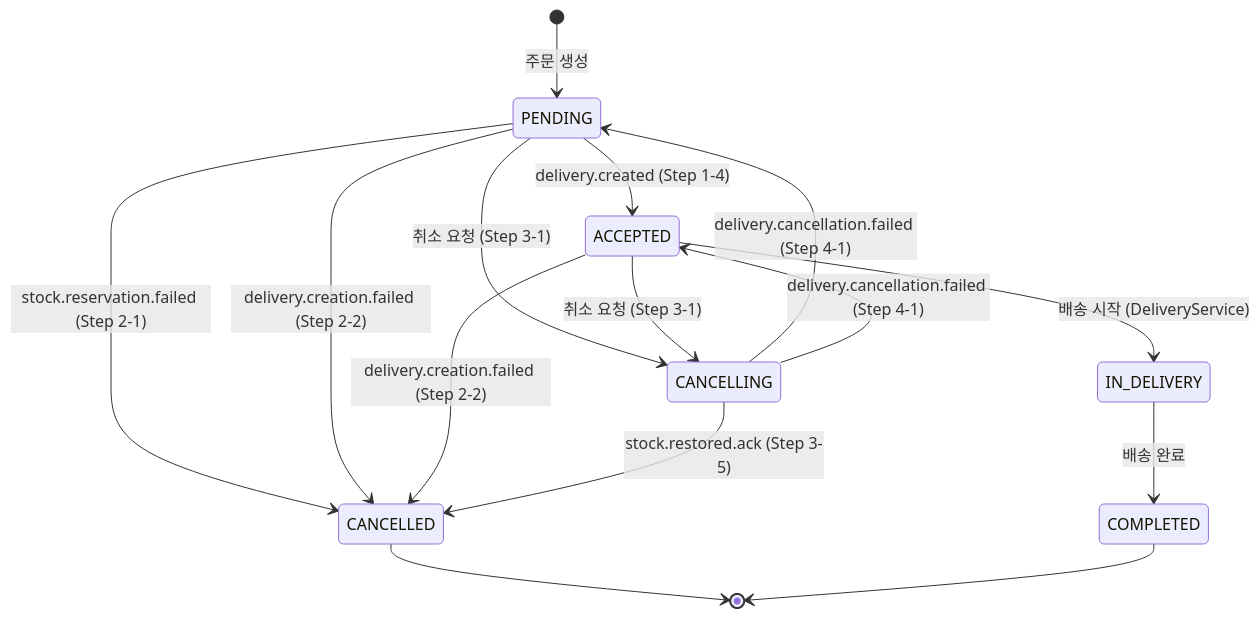
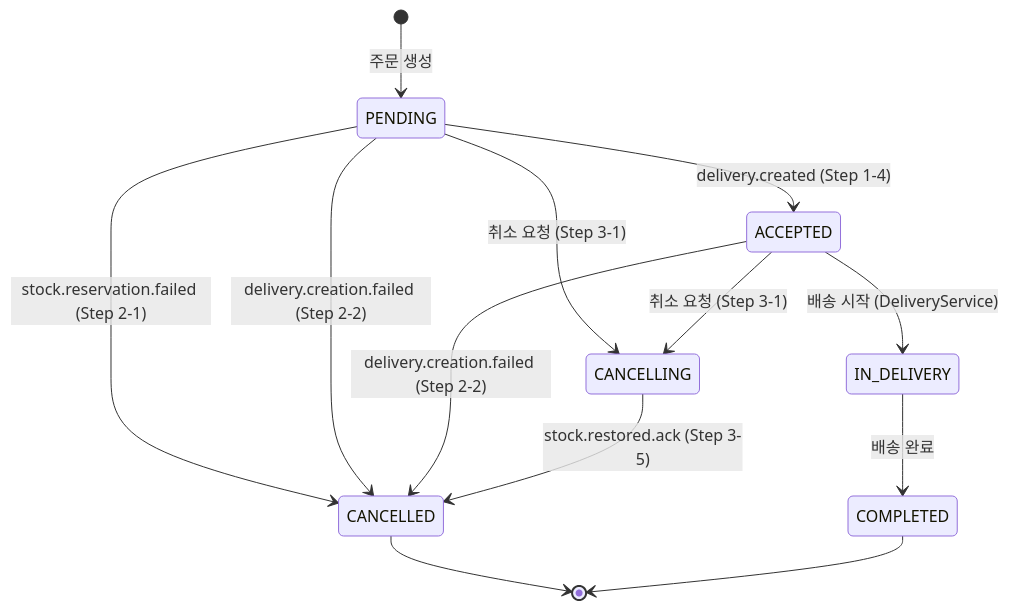
One commit to qkrwns1478/sparta-logistics changed the sixth of 6 diagrams in order-service/src/main/java/com/sparta/logistics/order/order/saga/README.md. Above: the diagram before and after it, drawn with Mermaid. The commit also changed other lines of this file, not shown here.

````diff
--- a/order-service/src/main/java/com/sparta/logistics/order/order/saga/README.md
+++ b/order-service/src/main/java/com/sparta/logistics/order/order/saga/README.md
@@ -379,17 +414,15 @@
 ```mermaid
 stateDiagram-v2
     [*] --> PENDING : 주문 생성
     PENDING --> ACCEPTED : delivery.created (Step 1-4)
     PENDING --> CANCELLED : stock.reservation.failed (Step 2-1)
     PENDING --> CANCELLED : delivery.creation.failed (Step 2-2)
     PENDING --> CANCELLING : 취소 요청 (Step 3-1)
     ACCEPTED --> IN_DELIVERY : 배송 시작 (DeliveryService)
     ACCEPTED --> CANCELLED : delivery.creation.failed (Step 2-2)
     ACCEPTED --> CANCELLING : 취소 요청 (Step 3-1)
     CANCELLING --> CANCELLED : stock.restored.ack (Step 3-5)
-    CANCELLING --> PENDING : delivery.cancellation.failed (Step 4-1)
-    CANCELLING --> ACCEPTED : delivery.cancellation.failed (Step 4-1)
     IN_DELIVERY --> COMPLETED : 배송 완료
     CANCELLED --> [*]
     COMPLETED --> [*]
 ```
````
